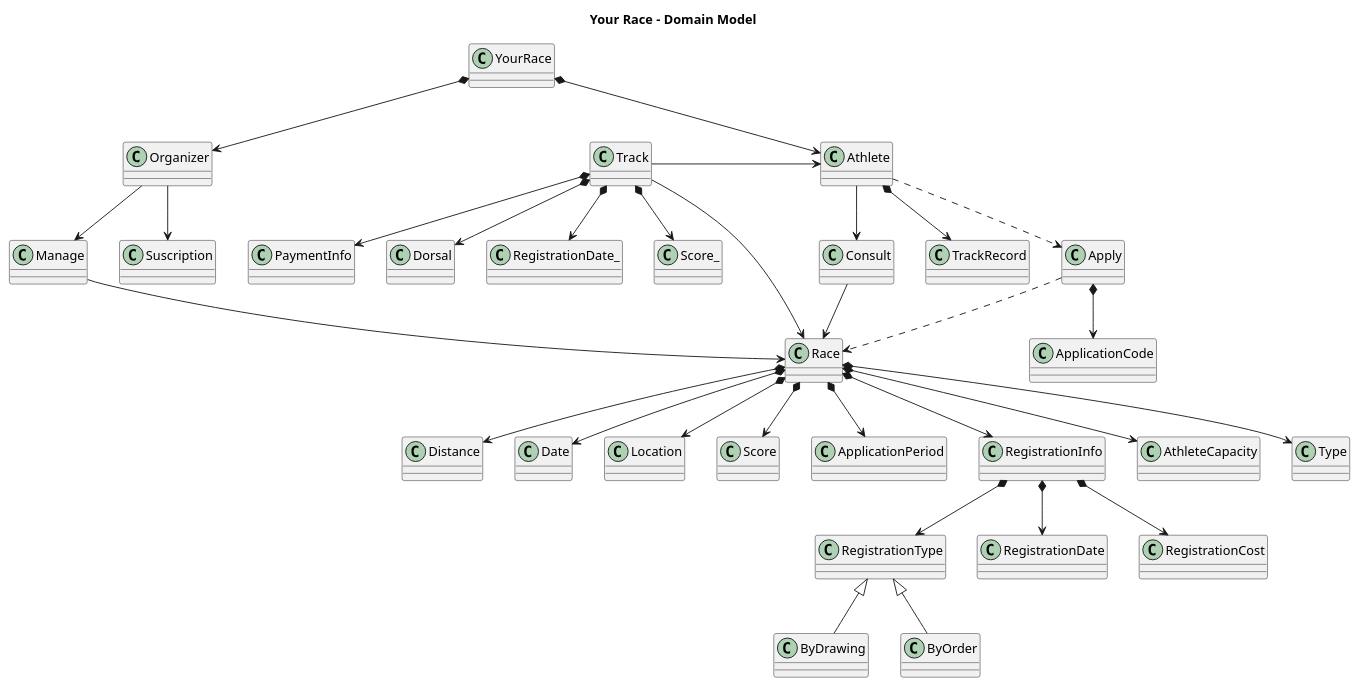
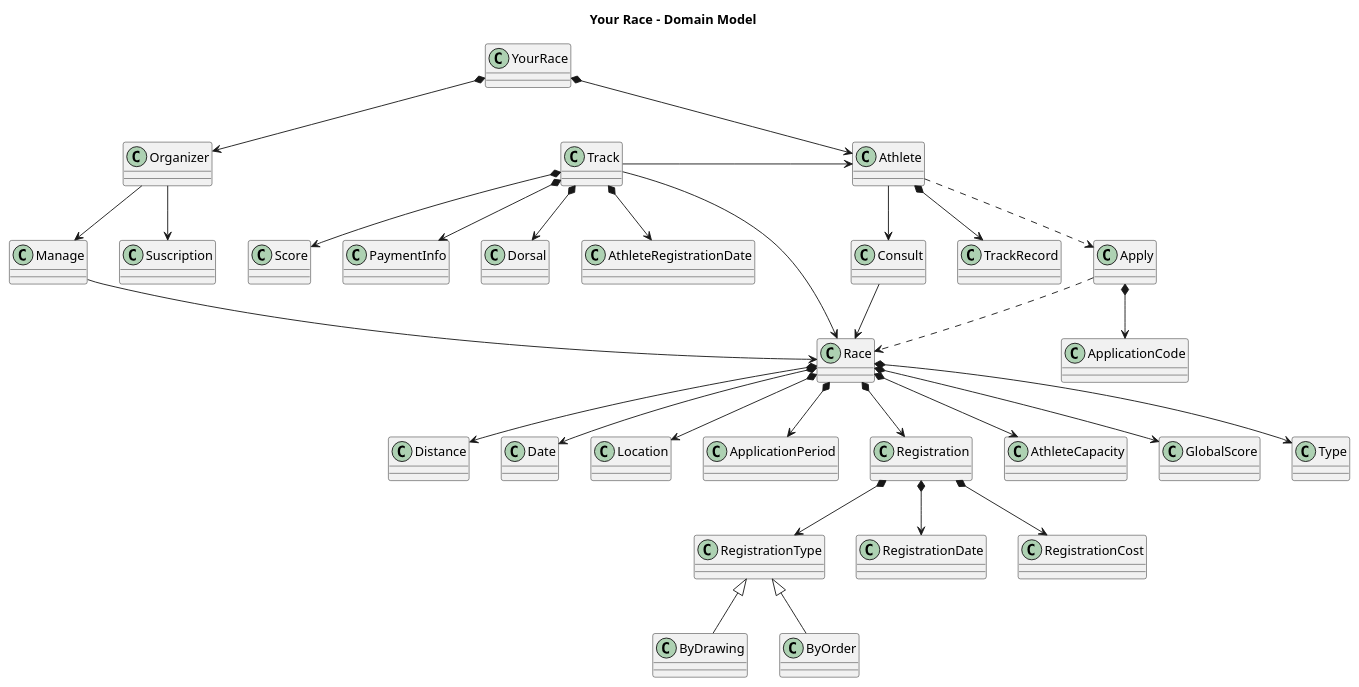
One commit to MasterCloudApps-Projects/your-race changed the diagram in docs/plantuml/DomainModel.plantuml. Above: the diagram before and after it, drawn with PlantUML. The commit also changed 1 other file, not shown here.

Commit message:
Improvement on labels: Registration instead of RegistrationDate, etc

```diff
--- a/docs/plantuml/DomainModel.plantuml
+++ b/docs/plantuml/DomainModel.plantuml
@@ -1,70 +1,70 @@
 @startuml
 title Your Race - Domain Model
 
 class YourRace
 class Athlete
 class Organizer
 class Race
 class Track
 class Distance
 class Date
 class Location
 class Consult
 class Manage
 class Apply
 class Score
 class PaymentInfo
 class Dorsal
 class ApplicationPeriod
 class TrackRecord
 class Suscription
-class RegistrationInfo
+class Registration
 
 YourRace *--> Athlete
 YourRace *--> Organizer
 
 Organizer --> Manage
 
 Athlete ..> Apply
 Athlete --> Consult
 Athlete *--> TrackRecord
 
 Apply *--> ApplicationCode
 
 Apply ..> Race
 
 Consult --> Race
 
 Manage --> Race
 
 
 Race *--> Distance
 Race *--> AthleteCapacity
 Race *--> Date
 Race *--> Location
-Race *--> Score
+Race *--> GlobalScore
 Race *--> Type
 Race *--> ApplicationPeriod
-Race *--> RegistrationInfo
+Race *--> Registration
 
 
 
 Track -right-> Race 
 Track -right-> Athlete 
-Track *--> RegistrationDate_
+Track *--> AthleteRegistrationDate
 Track *--> Dorsal
 Track *--> PaymentInfo
-Track *--> Score_
+Track *--> Score
 
-RegistrationInfo *--> RegistrationType
-RegistrationInfo *--> RegistrationDate
-RegistrationInfo *--> RegistrationCost
+Registration *--> RegistrationType
+Registration *--> RegistrationDate
+Registration *--> RegistrationCost
 
 RegistrationType <|-- ByDrawing
 RegistrationType <|-- ByOrder
 
 
 Organizer --> Suscription
 
 
 @enduml
```
